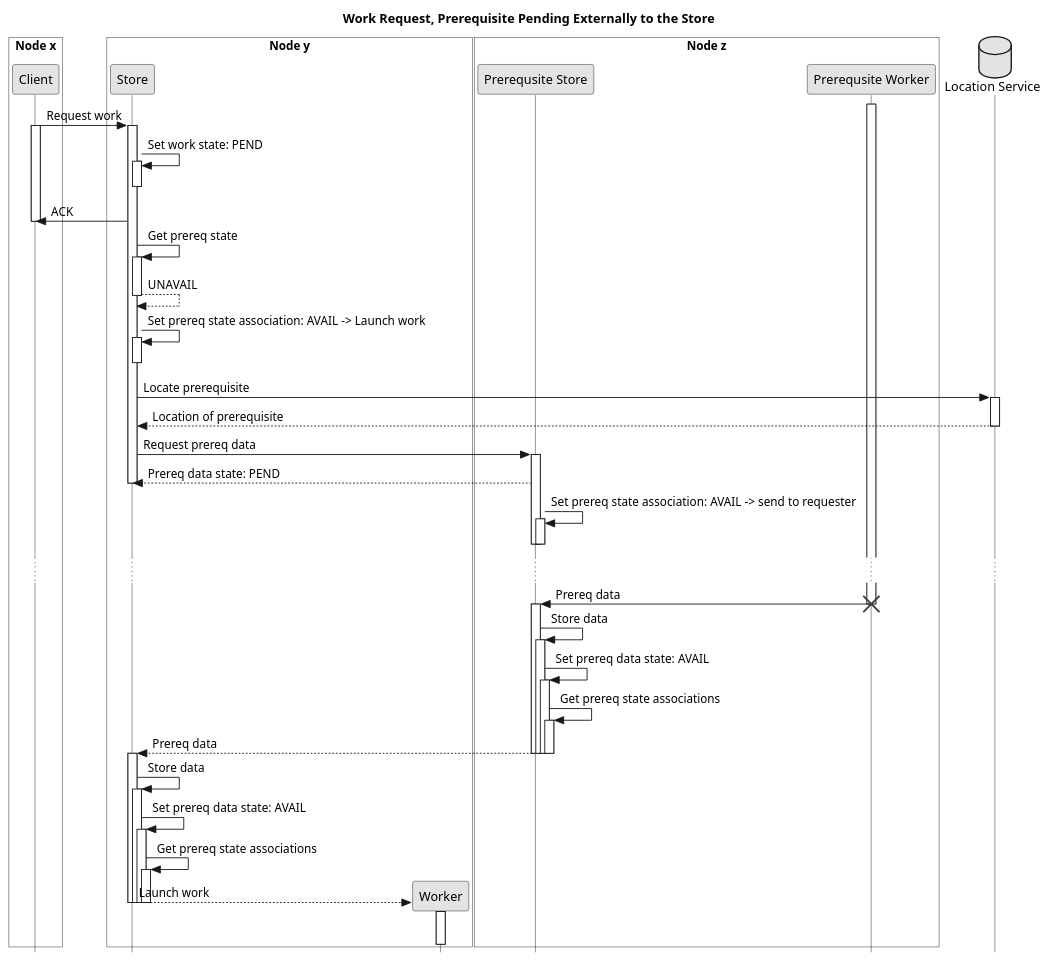
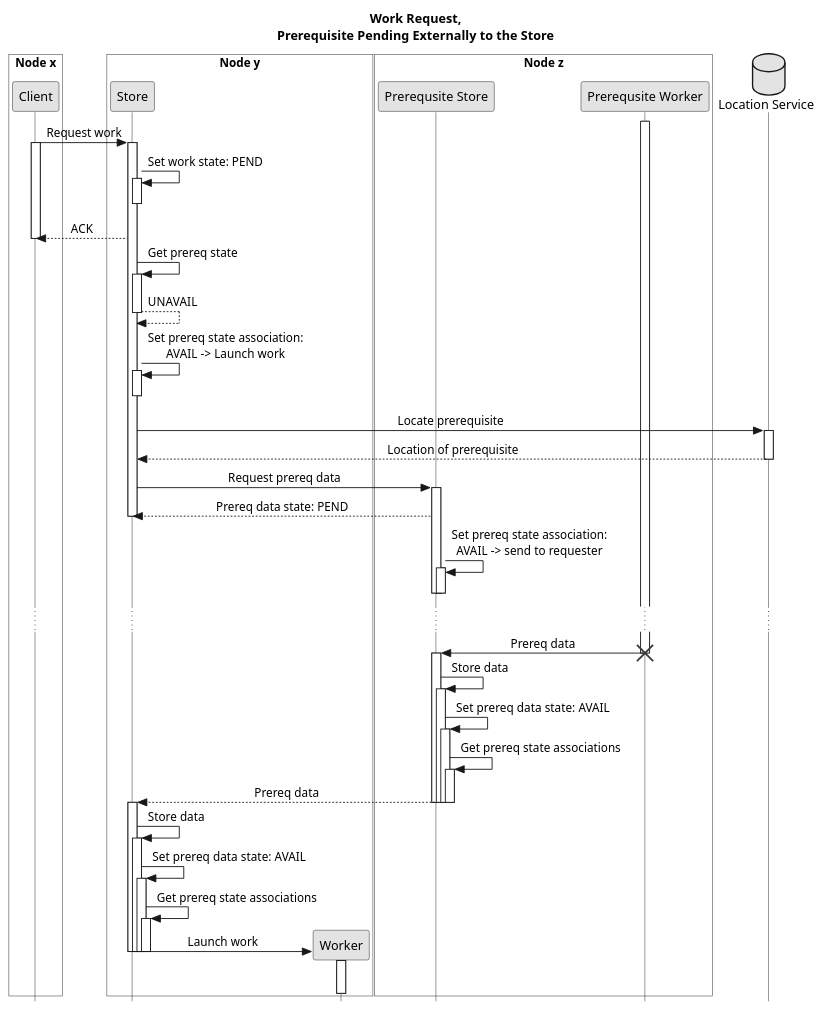
One commit to jcai849/phd changed the diagram in img/comm-rp.puml. Above: the diagram before and after it, drawn with PlantUML. The commit also changed 3 other files, not shown here.

Commit message:
improve formatting of comm diagrams

```diff
--- a/img/comm-rp.puml
+++ b/img/comm-rp.puml
@@ -1,60 +1,61 @@
 @startuml
 skinparam monochrome true
 skinparam shadowing false
 skinparam style strictuml
 skinparam LifelineStrategy nosolid
-title Work Request, Prerequisite Pending Externally to the Store
+skinparam sequenceMessageAlign center
+title Work Request,\nPrerequisite Pending Externally to the Store
 
 box "Node x" #ffffff
 participant Client as client
 end box
 box "Node y" #ffffff
 participant Store as store
 participant Worker as worker
 end box
 box "Node z" #ffffff
 participant "Prerequsite Store" as pstore
 participant "Prerequsite Worker" as pworker
 end box
 database "Location Service" as ls
 
 activate pworker
 client -> store ++: Request work
 activate client
 store -> store ++--: Set work state: PEND
-store -> client: ACK
+store --> client: ACK
 deactivate client
 store -> store ++: Get prereq state
 return UNAVAIL
-store -> store ++--: Set prereq state association: AVAIL -> Launch work
+store -> store ++--: Set prereq state association:\nAVAIL -> Launch work
 store -> ls ++: Locate prerequisite
 return Location of prerequisite
 store -> pstore ++: Request prereq data
 pstore --> store: Prereq data state: PEND
 deactivate store
-pstore -> pstore ++--: Set prereq state association: AVAIL -> send to requester
+pstore -> pstore ++--: Set prereq state association:\nAVAIL -> send to requester
 deactivate pstore
 ...
 pworker -> pstore: Prereq data
 destroy pworker
 activate pstore
 pstore -> pstore ++: Store data
 pstore -> pstore ++: Set prereq data state: AVAIL
 pstore -> pstore ++: Get prereq state associations
 pstore --> store --: Prereq data
 deactivate pstore
 deactivate pstore
 deactivate pstore
 deactivate pstore
 activate store
 store -> store ++: Store data
 store -> store ++: Set prereq data state: AVAIL
 store -> store ++: Get prereq state associations
-store --> worker **: Launch work
+store -> worker **: Launch work
 deactivate store
 deactivate store
 deactivate store
 deactivate store
 activate worker
 |||
 @enduml
```
